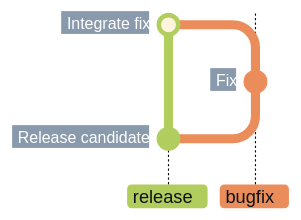
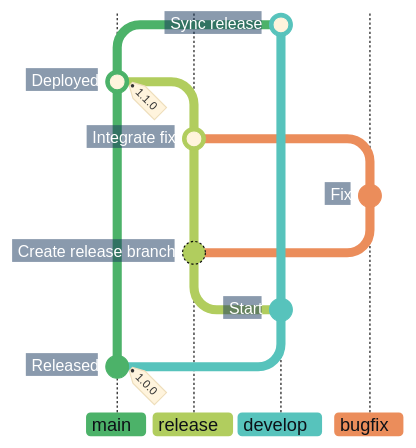
One commit to superhero/operations.superduper.solutions changed the second of 5 diagrams in docs/adr/cicd.md. Above: the diagram before and after it, drawn with Mermaid. The commit also changed other lines of this file, not shown here.

Commit message:
docs: show full branch ancestry for release stabilization

````diff
--- a/docs/adr/cicd.md
+++ b/docs/adr/cicd.md
@@ -60,13 +60,24 @@
 ```mermaid
-%%{init: {"theme": "base", "themeCSS": "line.branch { stroke: #8B949E; stroke-width: 1px; stroke-dasharray: 1 4; stroke-linecap: round; } .branchLabel, .tag-label { font-weight: 700; } .tag-label-bkg, .commit-label-bkg { opacity: 0.9; } .tag-label-bkg { fill: #B8E6C4; stroke: #8ED3A2; } .branchLabelBkg { opacity: 1; clip-path: inset(0 8px 0 0 round 4px) fill-box; } .commit-labels g { transform-box: fill-box; transform-origin: calc(100% + 17px) calc(50% + 2px); transform: rotate(-10deg); } .commit-label { font-weight: 700; transform: translateX(-8px); } .commit-label-bkg { stroke: #17365D; stroke-width: 20px; transform: translateX(-5px); clip-path: polygon(-4px -4px, calc(100% + 4px) -4px, calc(100% + 10px) 50%, calc(100% + 4px) calc(100% + 4px), -4px calc(100% + 4px)) fill-box; }", "gitGraph": {"showCommitLabel": true, "rotateCommitLabel": false, "mainBranchName": "release"}, "themeVariables": {
+%%{init: {"theme": "base", "themeCSS": "line.branch { stroke: #8B949E; stroke-width: 1px; stroke-dasharray: 1 4; stroke-linecap: round; } .branchLabel, .tag-label { font-weight: 700; } .tag-label-bkg, .commit-label-bkg { opacity: 0.9; } .tag-label-bkg { fill: #B8E6C4; stroke: #8ED3A2; } .branchLabelBkg { opacity: 1; clip-path: inset(0 8px 0 0 round 4px) fill-box; } .commit-labels g:nth-last-of-type(-n+2) { visibility: hidden; } .commit-labels g { transform-box: fill-box; transform-origin: calc(100% + 17px) calc(50% + 2px); transform: rotate(-10deg); } .commit-label { font-weight: 700; transform: translateX(-8px); } .commit-label-bkg { stroke: #17365D; stroke-width: 20px; transform: translateX(-5px); clip-path: polygon(-4px -4px, calc(100% + 4px) -4px, calc(100% + 10px) 50%, calc(100% + 4px) calc(100% + 4px), -4px calc(100% + 4px)) fill-box; } .commit.branch { stroke: #B1CD5E; stroke-dasharray: none; }", "gitGraph": {"showCommitLabel": true, "rotateCommitLabel": false}, "themeVariables": {
     "commitLabelFontSize": "14px", "commitLabelColor": "#FFFFFF", "commitLabelBackground": "#17365D",
-    "git0": "#B1CD5E", "gitBranchLabel0": "#0D1117",
-    "git1": "#EB8D5B", "gitBranchLabel1": "#0D1117"
+    "git0": "#4CB269", "gitBranchLabel0": "#0D1117",
+    "git1": "#B1CD5E", "gitBranchLabel1": "#0D1117",
+    "git2": "#57C3BC", "gitBranchLabel2": "#0D1117",
+    "git3": "#EB8D5B", "gitBranchLabel3": "#0D1117"
 }}}%%
 gitGraph BT:
-    commit id: "Release candidate"
-    branch bugfix order: 1
+    %% Hide the two initial notes while retaining their branch connections.
+    commit id: "Released" tag: "1.0.0"
+    branch develop order: 2
+    commit id: "Start"
+    branch release order: 1
+    commit id: "Create release branch"
+    branch bugfix order: 3
     commit id: "Fix"
     checkout release
     merge bugfix id: "Integrate fix"
+    checkout main
+    merge release id: "Deployed" tag: "1.1.0"
+    checkout develop
+    merge main id: "Sync release"
 ```
````
